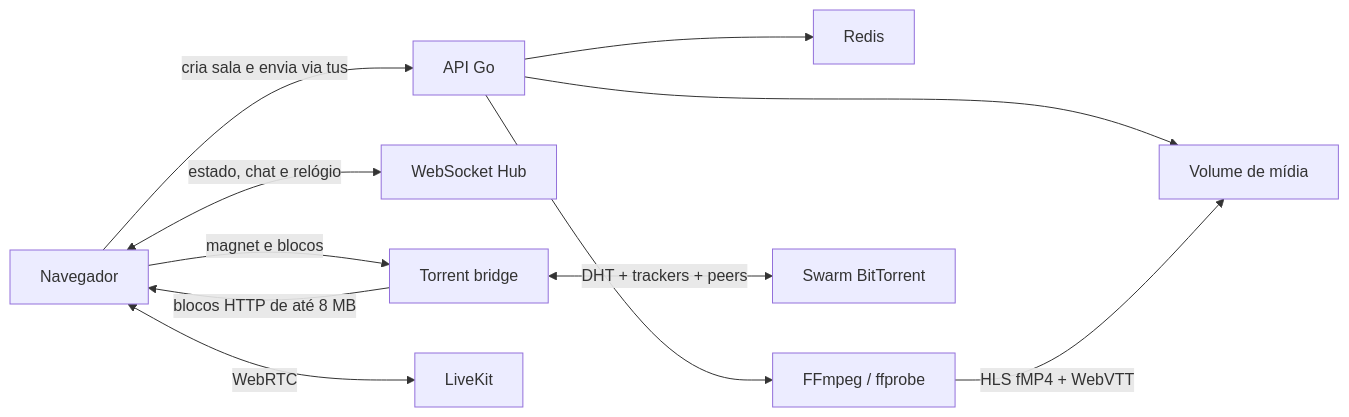
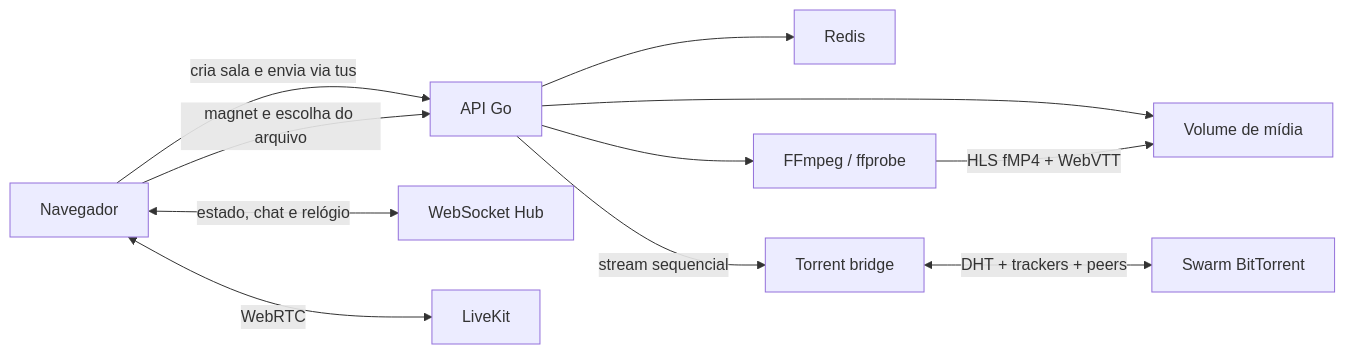
Before and after one commit to giulianoo0/juntos.lol: the diagram in README.md, drawn with Mermaid. The commit also changed other lines of this file and 7 other files, not shown here.

````diff
--- a/README.md
+++ b/README.md
@@ -25,13 +26,13 @@
 ```mermaid
 flowchart LR
     B["Navegador"] -->|"cria sala e envia via tus"| A["API Go"]
     B <-->|"estado, chat e relógio"| W["WebSocket Hub"]
     A --> R["Redis"]
     A --> D["Volume de mídia"]
     A --> F["FFmpeg / ffprobe"]
     F -->|"HLS fMP4 + WebVTT"| D
-    B -->|"magnet e blocos"| T["Torrent bridge"]
+    B -->|"magnet e escolha do arquivo"| A
+    A -->|"stream sequencial"| T["Torrent bridge"]
     T <-->|"DHT + trackers + peers"| P["Swarm BitTorrent"]
-    T -->|"blocos HTTP de até 8 MB"| B
     B <-->|"WebRTC"| L["LiveKit"]
 ```
````
